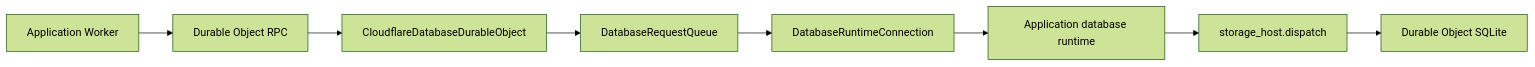
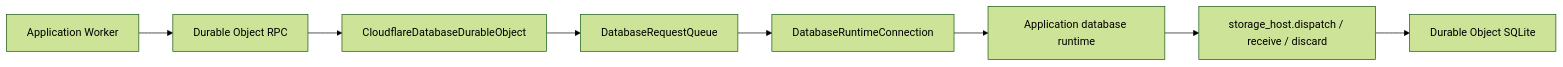
Before and after one commit to 1amageek/database-framework-cloudflare: the diagram in Workers/CloudflareDatabaseRuntime/README.md, drawn with Mermaid (forest theme). The commit also changed other lines of this file and 19 other files, not shown here.

Commit message:
Complete the Durable Object full runtime host

````diff
--- a/Workers/CloudflareDatabaseRuntime/README.md
+++ b/Workers/CloudflareDatabaseRuntime/README.md
@@ -8,10 +8,10 @@
 ```mermaid
 flowchart LR
   Worker["Application Worker"] --> RPC["Durable Object RPC"]
   RPC --> DO["CloudflareDatabaseDurableObject"]
   DO --> Queue["DatabaseRequestQueue"]
   Queue --> Connection["DatabaseRuntimeConnection"]
   Connection --> Runtime["Application database runtime"]
-  Runtime --> Storage["storage_host.dispatch"]
+  Runtime --> Storage["storage_host.dispatch / receive / discard"]
   Storage --> SQLite["Durable Object SQLite"]
 ```
````
